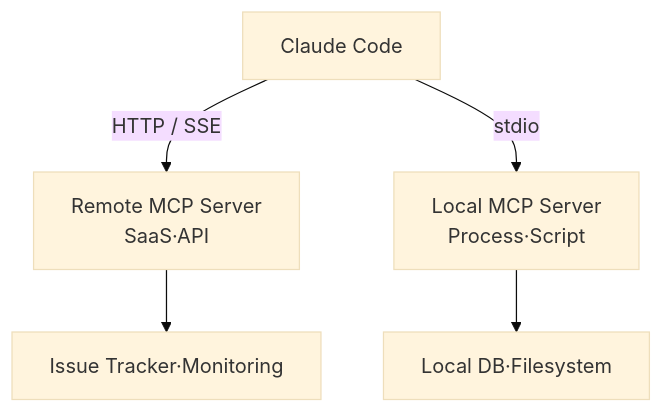
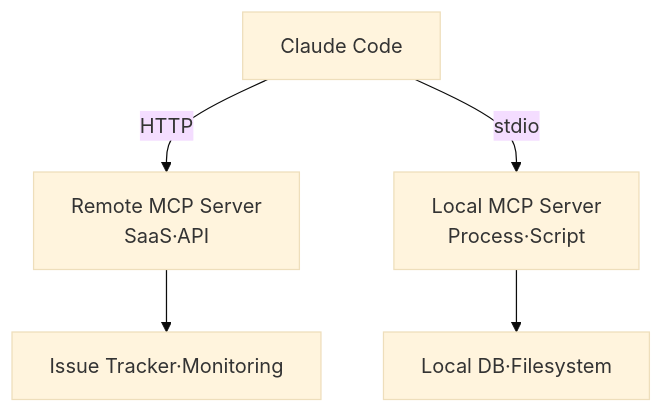
One commit to modu-ai/moai-adk changed the diagram in docs-site/content/en/claude-code/extensibility/mcp.md. Above: the diagram before and after it, drawn with Mermaid (base theme). The commit also changed other lines of this file and 4 other files, not shown here.

````diff
--- a/docs-site/content/en/claude-code/extensibility/mcp.md
+++ b/docs-site/content/en/claude-code/extensibility/mcp.md
@@ -43,8 +43,8 @@
 ```mermaid
 flowchart TD
     CC[Claude Code]
-    CC -->|HTTP / SSE| Remote[Remote MCP Server<br>SaaS·API]
+    CC -->|HTTP| Remote[Remote MCP Server<br>SaaS·API]
     CC -->|stdio| Local[Local MCP Server<br>Process·Script]
     Remote --> Ext1[Issue Tracker·Monitoring]
     Local --> Ext2[Local DB·Filesystem]
 ```
````
